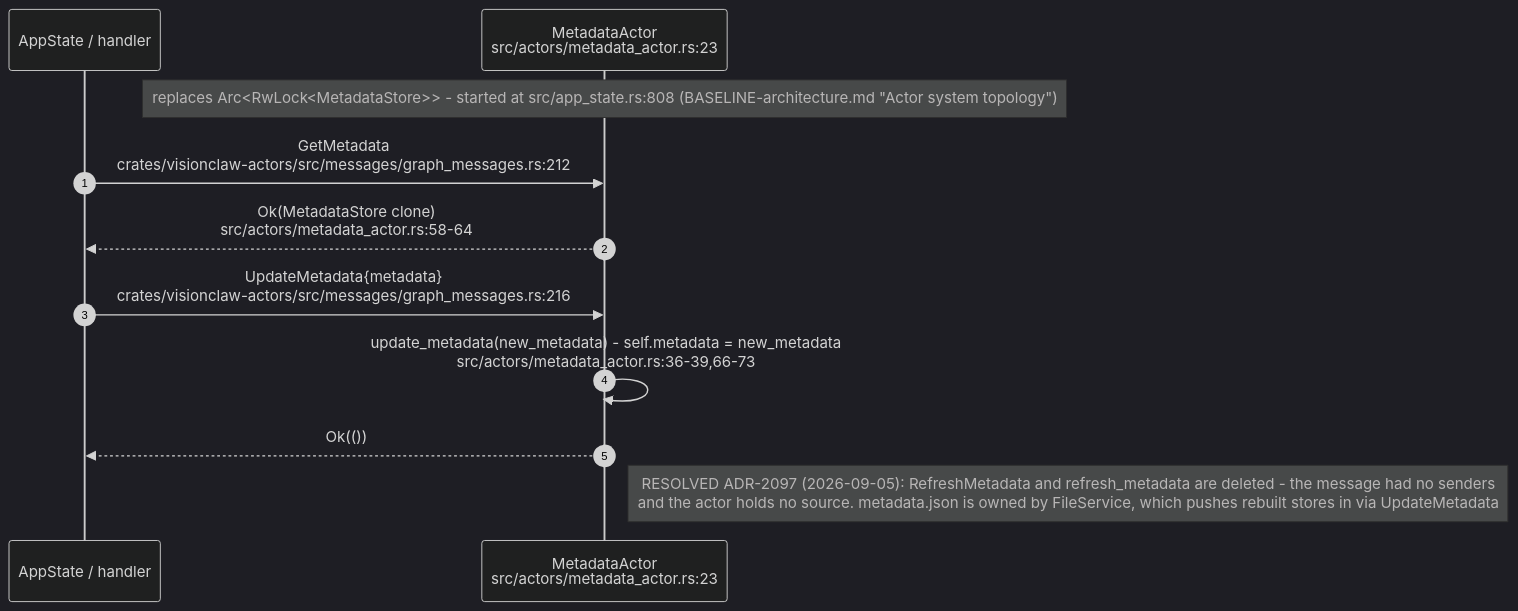
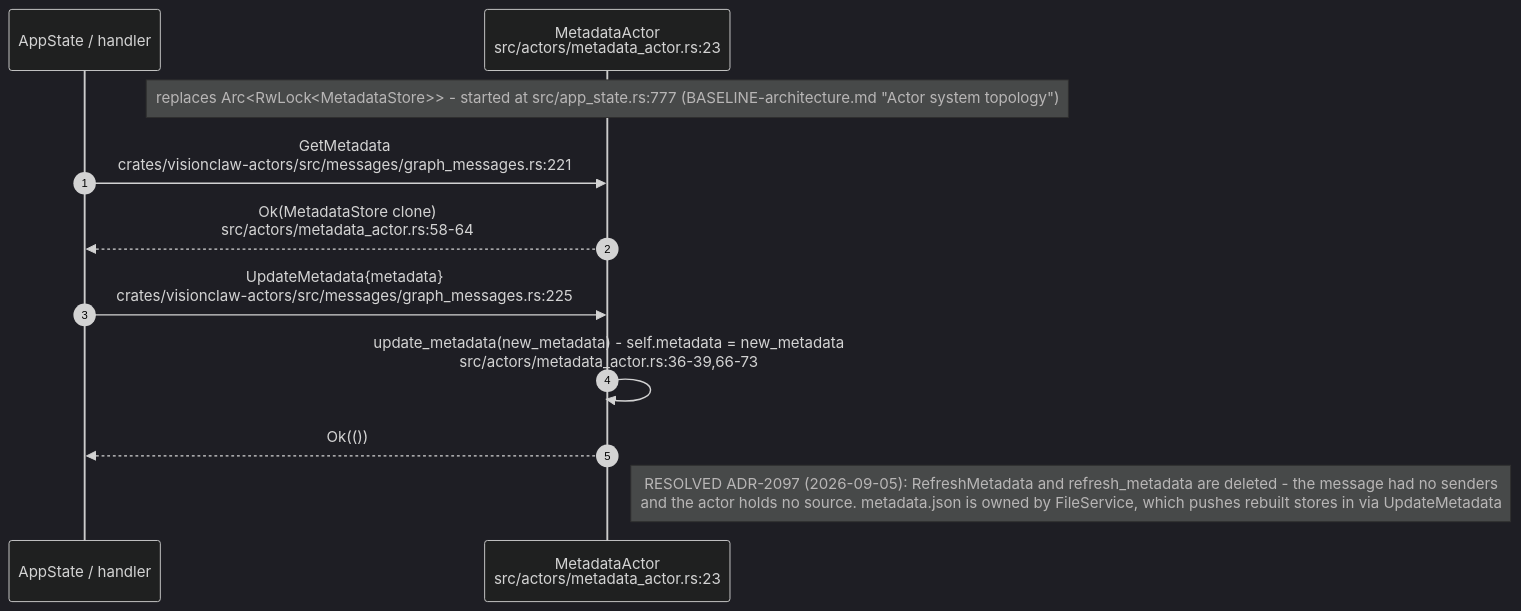
The tenth of 11 diagrams in docs/diagrams/visionclaw/25-insight-kpi-nlq-semantics.md (DreamLab-AI/VisionFlow), drawn with Mermaid (dark theme) before and after one commit. The commit also changed other lines of this file and 160 other files, not shown here.

````diff
--- a/docs/diagrams/visionclaw/25-insight-kpi-nlq-semantics.md
+++ b/docs/diagrams/visionclaw/25-insight-kpi-nlq-semantics.md
@@ -411,14 +419,14 @@
 ```mermaid
 sequenceDiagram
     autonumber
     participant Caller as AppState / handler
     participant MA as MetadataActor<br/>src/actors/metadata_actor.rs:23
 
-    Note over MA: replaces Arc<RwLock<MetadataStore>> - started at src/app_state.rs:808 (BASELINE-architecture.md "Actor system topology")
-    Caller->>MA: GetMetadata<br/>crates/visionclaw-actors/src/messages/graph_messages.rs:212
+    Note over MA: replaces Arc<RwLock<MetadataStore>> - started at src/app_state.rs:777 (BASELINE-architecture.md "Actor system topology")
+    Caller->>MA: GetMetadata<br/>crates/visionclaw-actors/src/messages/graph_messages.rs:221
     MA-->>Caller: Ok(MetadataStore clone)<br/>src/actors/metadata_actor.rs:58-64
-    Caller->>MA: UpdateMetadata{metadata}<br/>crates/visionclaw-actors/src/messages/graph_messages.rs:216
+    Caller->>MA: UpdateMetadata{metadata}<br/>crates/visionclaw-actors/src/messages/graph_messages.rs:225
     MA->>MA: update_metadata(new_metadata) - self.metadata = new_metadata<br/>src/actors/metadata_actor.rs:36-39,66-73
     MA-->>Caller: Ok(())
     Note right of MA: RESOLVED ADR-2097 (2026-09-05): RefreshMetadata and refresh_metadata are deleted - the message had no senders<br/>and the actor holds no source. metadata.json is owned by FileService, which pushes rebuilt stores in via UpdateMetadata
 ```
````
